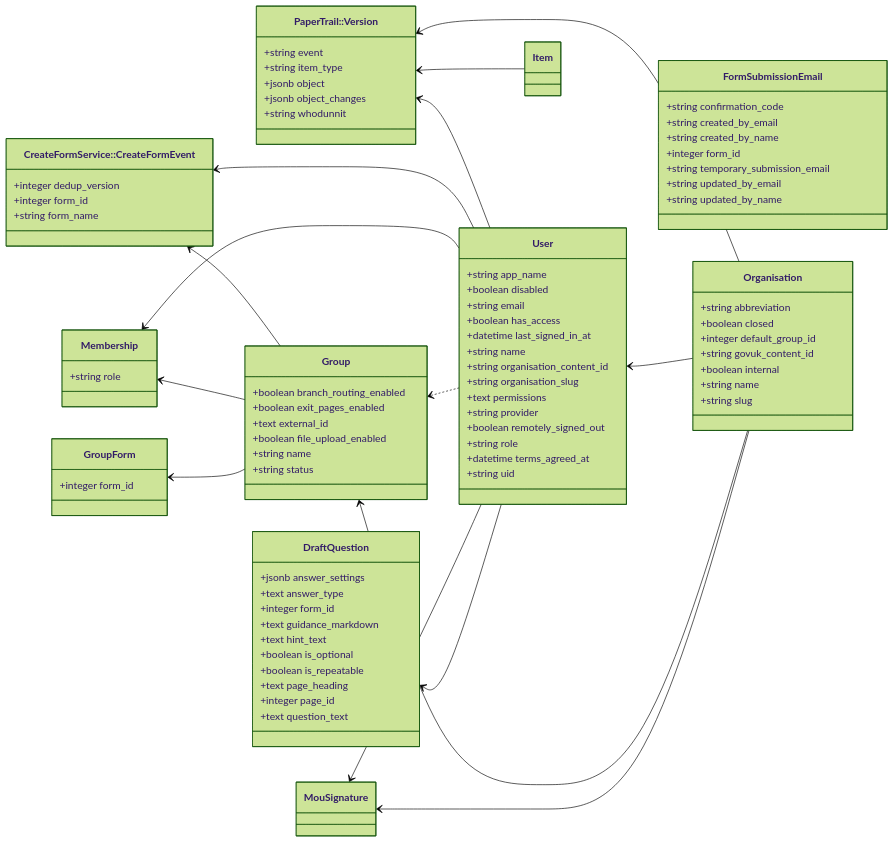
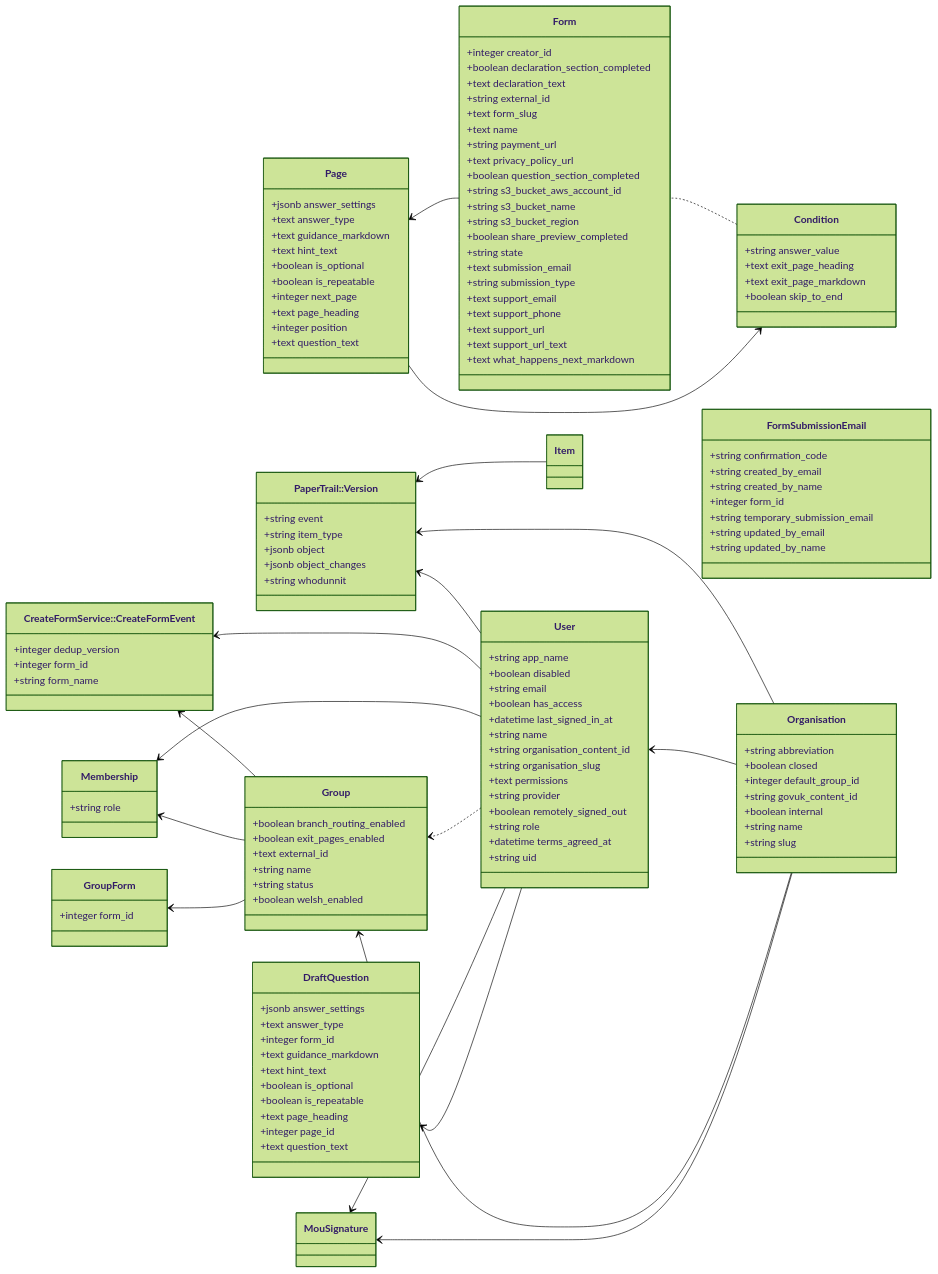
One commit to alphagov/forms changed the diagram in diagrams/class-diagrams/admin.md. Above: the diagram before and after it, drawn with Mermaid (forest theme). The commit also changed other lines of this file, not shown here.

Commit message:
Update the class diagram for forms-admin
Remove the date as can see this already from the git history, that is
automatically updated.

````diff
--- a/diagrams/class-diagrams/admin.md
+++ b/diagrams/class-diagrams/admin.md
@@ -8,6 +7,11 @@
 ```mermaid
 classDiagram
 	direction RL
+	class `Condition`
+	`Condition` : +string answer_value
+	`Condition` : +text exit_page_heading
+	`Condition` : +text exit_page_markdown
+	`Condition` : +boolean skip_to_end
 	class `CreateFormService::CreateFormEvent`
 	`CreateFormService::CreateFormEvent` : +integer dedup_version
 	`CreateFormService::CreateFormEvent` : +integer form_id
@@ -23,6 +27,28 @@
 	`DraftQuestion` : +text page_heading
 	`DraftQuestion` : +integer page_id
 	`DraftQuestion` : +text question_text
+	class `Form`
+	`Form` : +integer creator_id
+	`Form` : +boolean declaration_section_completed
+	`Form` : +text declaration_text
+	`Form` : +string external_id
+	`Form` : +text form_slug
+	`Form` : +text name
+	`Form` : +string payment_url
+	`Form` : +text privacy_policy_url
+	`Form` : +boolean question_section_completed
+	`Form` : +string s3_bucket_aws_account_id
+	`Form` : +string s3_bucket_name
+	`Form` : +string s3_bucket_region
+	`Form` : +boolean share_preview_completed
+	`Form` : +string state
+	`Form` : +text submission_email
+	`Form` : +string submission_type
+	`Form` : +text support_email
+	`Form` : +text support_phone
+	`Form` : +text support_url
+	`Form` : +text support_url_text
+	`Form` : +text what_happens_next_markdown
 	class `FormSubmissionEmail`
 	`FormSubmissionEmail` : +string confirmation_code
 	`FormSubmissionEmail` : +string created_by_email
@@ -35,9 +61,9 @@
 	`Group` : +boolean branch_routing_enabled
 	`Group` : +boolean exit_pages_enabled
 	`Group` : +text external_id
-	`Group` : +boolean file_upload_enabled
 	`Group` : +string name
 	`Group` : +string status
+	`Group` : +boolean welsh_enabled
 	class `GroupForm`
 	`GroupForm` : +integer form_id
 	class `Membership`
@@ -51,6 +77,17 @@
 	`Organisation` : +boolean internal
 	`Organisation` : +string name
 	`Organisation` : +string slug
+	class `Page`
+	`Page` : +jsonb answer_settings
+	`Page` : +text answer_type
+	`Page` : +text guidance_markdown
+	`Page` : +text hint_text
+	`Page` : +boolean is_optional
+	`Page` : +boolean is_repeatable
+	`Page` : +integer next_page
+	`Page` : +text page_heading
+	`Page` : +integer position
+	`Page` : +text question_text
 	class `PaperTrail::Version`
 	`PaperTrail::Version` : +string event
 	`PaperTrail::Version` : +string item_type
@@ -86,4 +123,7 @@
 	`Organisation` --> `MouSignature`
 	`Group` --> `Membership`
 	`Group` --> `GroupForm`
+	`Form` --> `Page`
+	`Page` --> `Condition`
+	`Condition` .. `Form`
   ```
````
